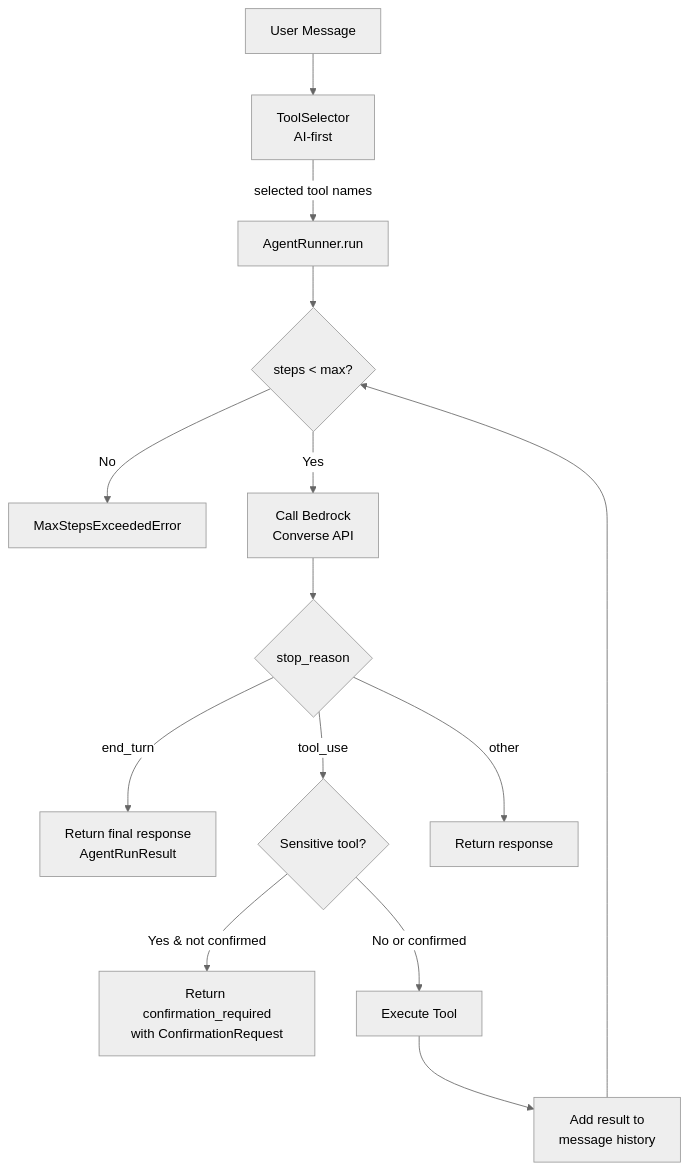
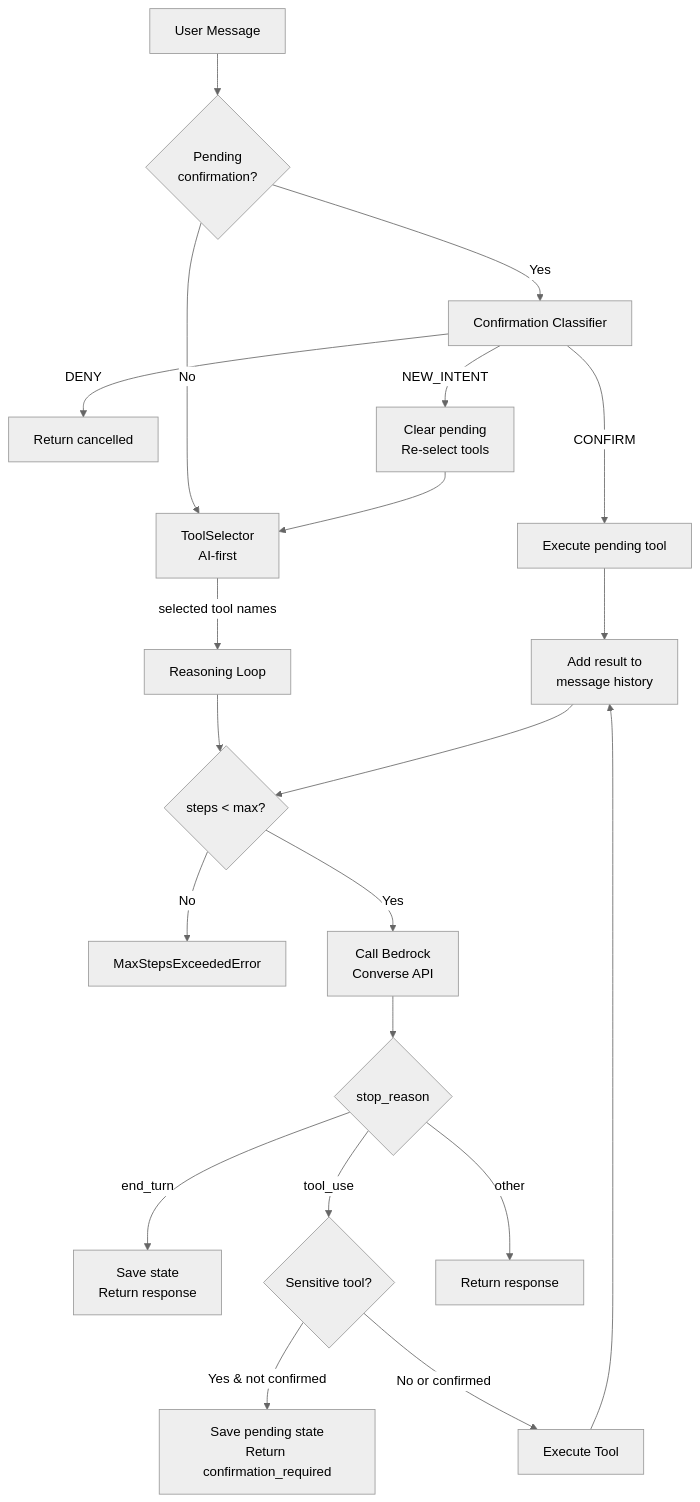
One commit to oliverking2/PersonalAIAutomation changed the first of 2 diagrams in README.md. Above: the diagram before and after it, drawn with Mermaid (neutral theme). The commit also changed other lines of this file and 13 other files, not shown here.

````diff
--- a/README.md
+++ b/README.md
@@ -382,16 +387,23 @@
 ```mermaid
 flowchart TD
-    A[User Message] --> B[ToolSelector<br/>AI-first]
-    B -->|selected tool names| C[AgentRunner.run]
-    C --> D{steps < max?}
-    D -->|No| E[MaxStepsExceededError]
-    D -->|Yes| F[Call Bedrock<br/>Converse API]
-    F --> G{stop_reason}
-    G -->|end_turn| H[Return final response<br/>AgentRunResult]
-    G -->|tool_use| I{Sensitive tool?}
-    G -->|other| J[Return response]
-    I -->|Yes & not confirmed| K[Return confirmation_required<br/>with ConfirmationRequest]
-    I -->|No or confirmed| L[Execute Tool]
-    L --> M[Add result to<br/>message history]
-    M --> D
+    A[User Message] --> B{Pending<br/>confirmation?}
+    B -->|Yes| C[Confirmation Classifier]
+    C -->|CONFIRM| D[Execute pending tool]
+    C -->|DENY| E[Return cancelled]
+    C -->|NEW_INTENT| F[Clear pending<br/>Re-select tools]
+    B -->|No| G[ToolSelector<br/>AI-first]
+    F --> G
+    G -->|selected tool names| H[Reasoning Loop]
+    H --> I{steps < max?}
+    I -->|No| J[MaxStepsExceededError]
+    I -->|Yes| K[Call Bedrock<br/>Converse API]
+    K --> L{stop_reason}
+    L -->|end_turn| M[Save state<br/>Return response]
+    L -->|tool_use| N{Sensitive tool?}
+    L -->|other| O[Return response]
+    N -->|Yes & not confirmed| P[Save pending state<br/>Return confirmation_required]
+    N -->|No or confirmed| Q[Execute Tool]
+    Q --> R[Add result to<br/>message history]
+    R --> I
+    D --> R
 ```
````
